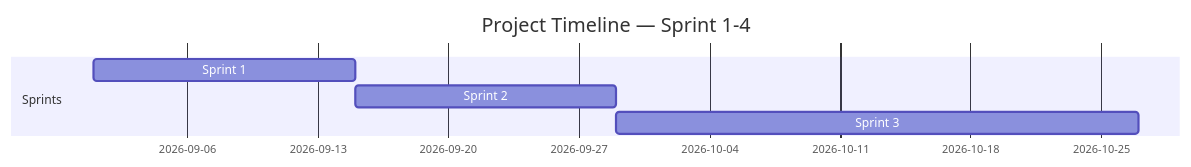
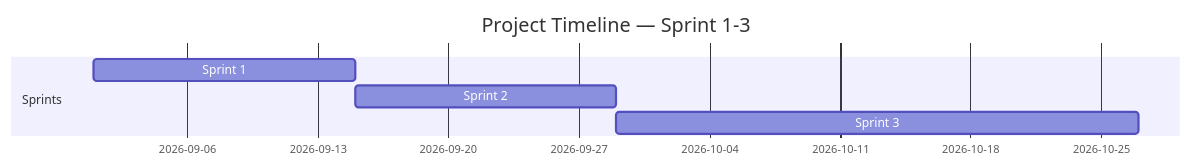
The diagram in docs/agile/sprint-backlog-template.md (ArissamanSLM/Dg225-Team10_Project_Lobotomy), drawn with Mermaid before and after one commit. The commit also changed other lines of this file and 3 other files, not shown here.

````diff
--- a/docs/agile/sprint-backlog-template.md
+++ b/docs/agile/sprint-backlog-template.md
@@ -20,9 +20,9 @@
 ```mermaid
 gantt
-    title Project Timeline — Sprint 1-4
+    title Project Timeline — Sprint 1-3
     dateFormat  YYYY-MM-DD
     section Sprints
     Sprint 1 :s1, 2026-09-01, 14d
     Sprint 2 :s2, after s1, 14d
     Sprint 3 :s3, after s2, 28d
 ```
````
